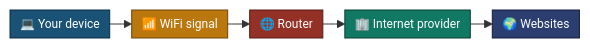
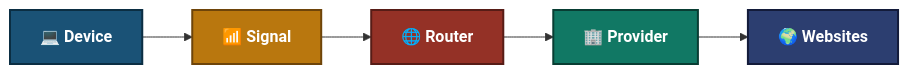
The first of 3 diagrams in 04-Solution-guides/04.1-WiFi-Guide.md (malaika-azhar/Customer-Tech-Support-Portfolio), drawn with Mermaid before and after one commit. The commit also changed other lines of this file, not shown here.

````diff
--- a/04-Solution-guides/04.1-WiFi-Guide.md
+++ b/04-Solution-guides/04.1-WiFi-Guide.md
@@ -70,10 +70,9 @@
 ```mermaid
-%%{init: {'themeVariables': {'fontSize': '12px'}, 'flowchart': {'nodeSpacing': 18, 'rankSpacing': 22, 'padding': 5}}}%%
 flowchart LR
-    A["💻 Your device"]:::c0 --> B["📶 WiFi signal"]:::c1 --> C["🌐 Router"]:::c2 --> D["🏢 Internet provider"]:::c3 --> E["🌍 Websites"]:::c4
-    classDef c0 fill:#1A5276,stroke:#0B2E43,stroke-width:1px,color:#FFFFFF
-    classDef c1 fill:#B9770E,stroke:#6E4409,stroke-width:1px,color:#FFFFFF
-    classDef c2 fill:#943126,stroke:#571C16,stroke-width:1px,color:#FFFFFF
-    classDef c3 fill:#117864,stroke:#083D33,stroke-width:1px,color:#FFFFFF
-    classDef c4 fill:#2C3E70,stroke:#131B3A,stroke-width:1px,color:#FFFFFF
+    A["💻 Device"]:::c0 --> B["📶 Signal"]:::c1 --> C["🌐 Router"]:::c2 --> D["🏢 Provider"]:::c3 --> E["🌍 Websites"]:::c4
+    classDef c0 fill:#1A5276,stroke:#0B2E43,stroke-width:2px,color:#FFFFFF,font-weight:bold
+    classDef c1 fill:#B9770E,stroke:#6E4409,stroke-width:2px,color:#FFFFFF,font-weight:bold
+    classDef c2 fill:#943126,stroke:#571C16,stroke-width:2px,color:#FFFFFF,font-weight:bold
+    classDef c3 fill:#117864,stroke:#083D33,stroke-width:2px,color:#FFFFFF,font-weight:bold
+    classDef c4 fill:#2C3E70,stroke:#131B3A,stroke-width:2px,color:#FFFFFF,font-weight:bold
 ```
````
